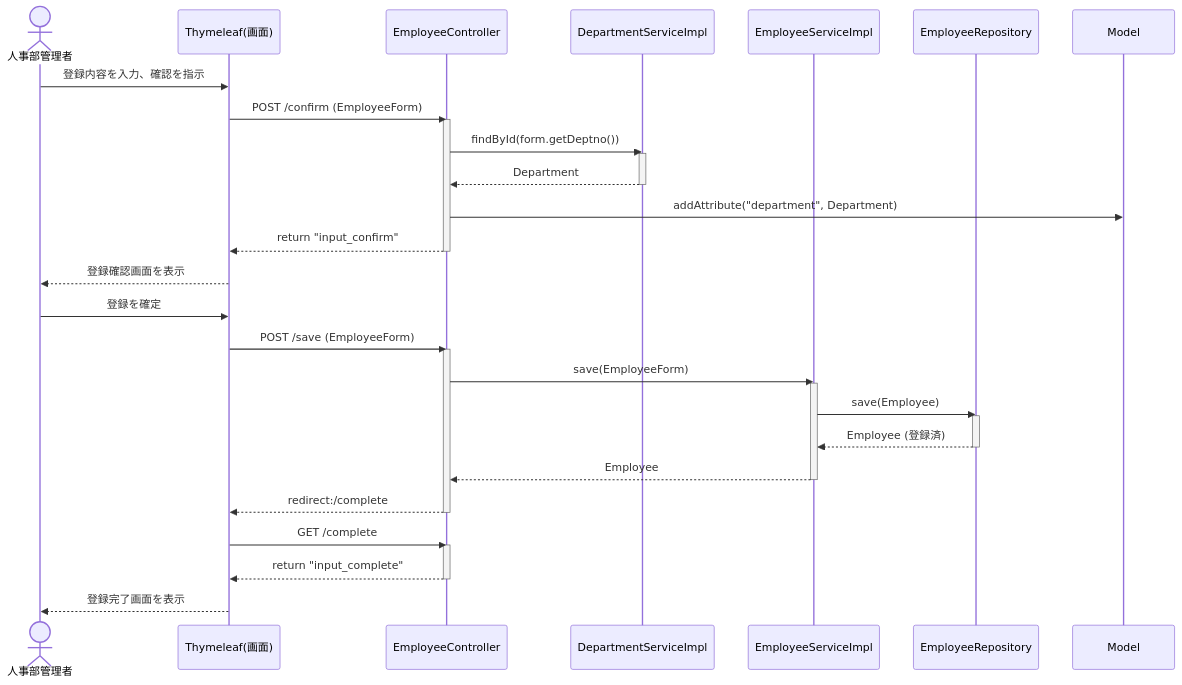
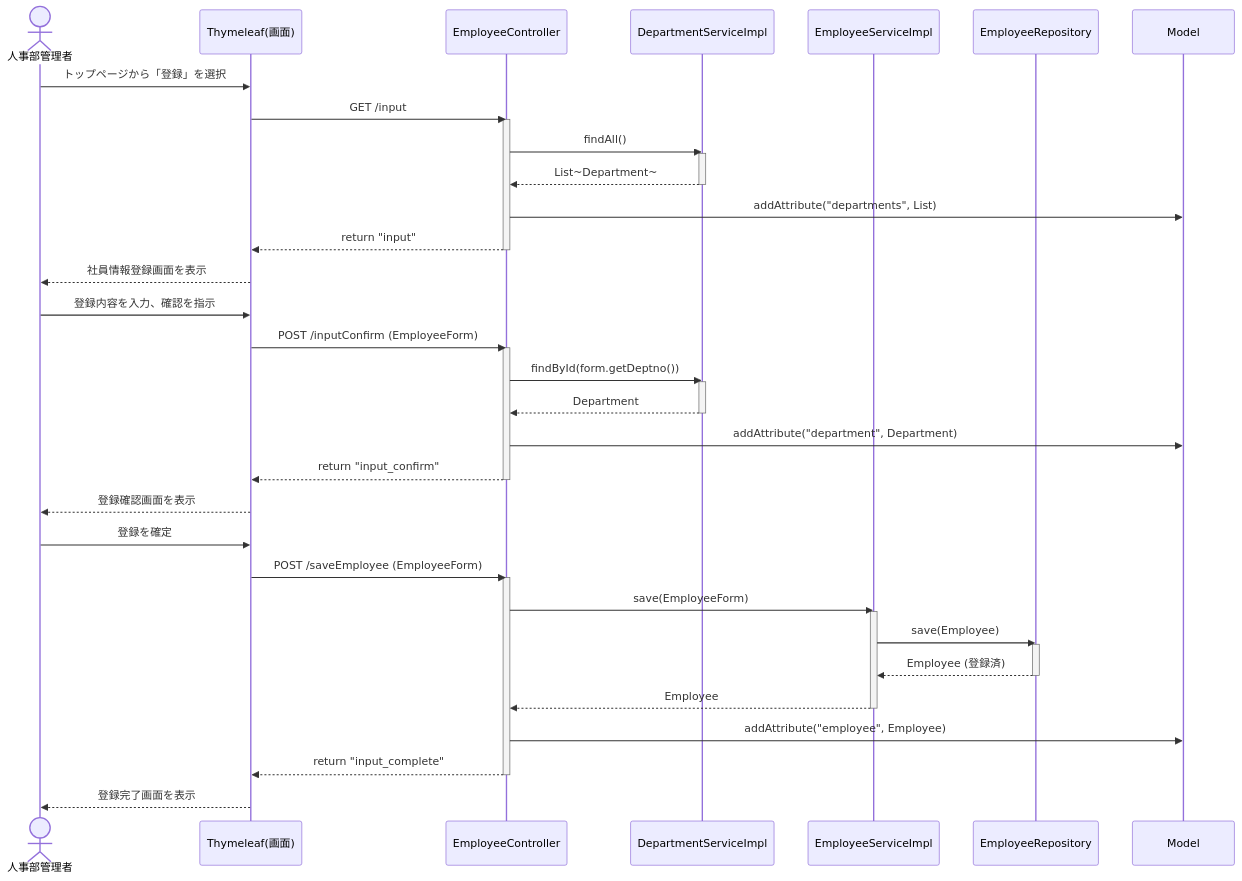
Diagram 19 of 21 in EIMS_Comprehensive_Exercise_Guide.md (juyeongjung1/NewEIMS), drawn with Mermaid before and after one commit. The commit also changed other lines of this file, not shown here.

Commit message:
分析・設計の両シーケンス図に、全検索パターンの分岐とトップページ導線を追加

````diff
--- a/EIMS_Comprehensive_Exercise_Guide.md
+++ b/EIMS_Comprehensive_Exercise_Guide.md
@@ -1232,45 +1281,54 @@
 ```mermaid
 sequenceDiagram
     actor Admin as 人事部管理者
     participant View as Thymeleaf(画面)
     participant Ctrl as EmployeeController
     participant DSvc as DepartmentServiceImpl
     participant Svc as EmployeeServiceImpl
     participant Rep as EmployeeRepository
     participant Model as Model
 
+    Admin ->> View: トップページから「登録」を選択
+    View ->> Ctrl: GET /input
+    activate Ctrl
+    Ctrl ->> DSvc: findAll()
+    activate DSvc
+    DSvc -->> Ctrl: List~Department~
+    deactivate DSvc
+    Ctrl ->> Model: addAttribute("departments", List)
+    Ctrl -->> View: return "input"
+    deactivate Ctrl
+    View -->> Admin: 社員情報登録画面を表示
+
     Admin ->> View: 登録内容を入力、確認を指示
-    View ->> Ctrl: POST /confirm (EmployeeForm)
+    View ->> Ctrl: POST /inputConfirm (EmployeeForm)
     activate Ctrl
     
     Ctrl ->> DSvc: findById(form.getDeptno())
     activate DSvc
     DSvc -->> Ctrl: Department
     deactivate DSvc
     
     Ctrl ->> Model: addAttribute("department", Department)
     Ctrl -->> View: return "input_confirm"
     deactivate Ctrl
     View -->> Admin: 登録確認画面を表示
     
     Admin ->> View: 登録を確定
-    View ->> Ctrl: POST /save (EmployeeForm)
+    View ->> Ctrl: POST /saveEmployee (EmployeeForm)
     activate Ctrl
     
     Ctrl ->> Svc: save(EmployeeForm)
     activate Svc
     Svc ->> Rep: save(Employee)
     activate Rep
     Rep -->> Svc: Employee (登録済)
     deactivate Rep
     Svc -->> Ctrl: Employee
     deactivate Svc
+    Ctrl ->> Model: addAttribute("employee", Employee)
     
-    Ctrl -->> View: redirect:/complete
-    deactivate Ctrl
-    View ->> Ctrl: GET /complete
-    activate Ctrl
     Ctrl -->> View: return "input_complete"
     deactivate Ctrl
     View -->> Admin: 登録完了画面を表示
 ```
````
